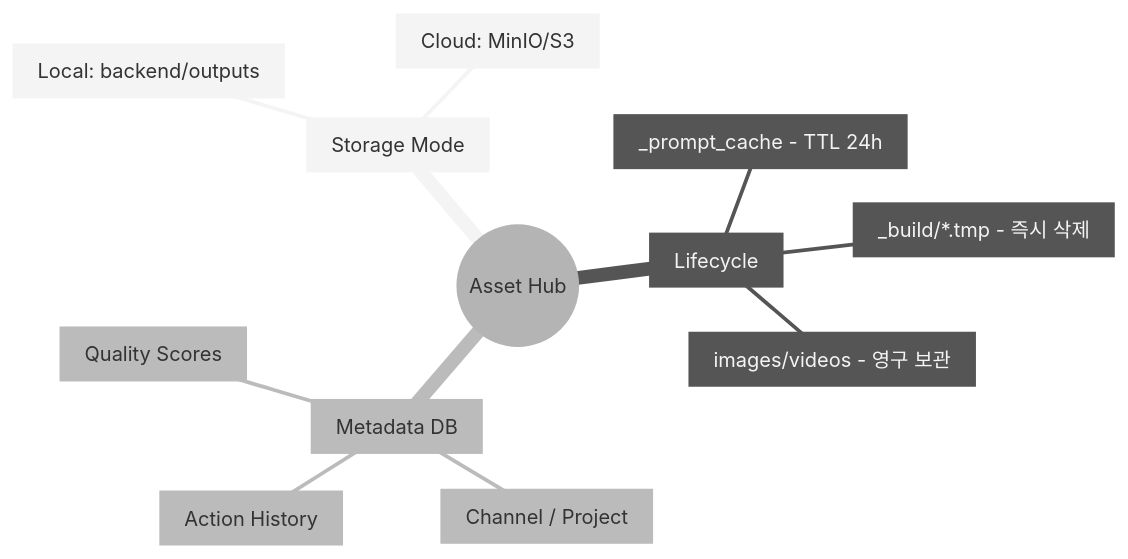
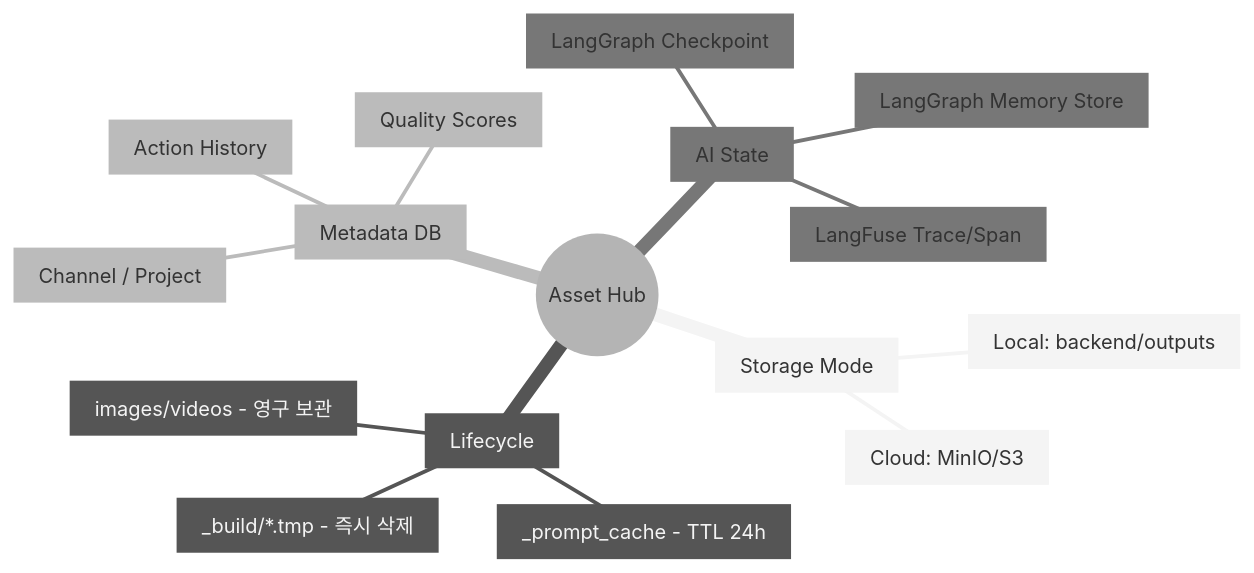
Before and after one commit to tomo-playground/sdd-orchestrator: the second of 2 diagrams in docs/01_product/PRD.md, drawn with Mermaid (neutral theme). The commit also changed other lines of this file and 8 other files, not shown here.

First line of the commit message:
docs: ROADMAP Studio UX 반영 + PRD/AGENTIC_PIPELINE 문서 정리

````diff
--- a/docs/01_product/PRD.md
+++ b/docs/01_product/PRD.md
@@ -44,15 +52,19 @@
 ```mermaid
 mindmap
     root((Asset Hub))
         Storage[Storage Mode]
             Local[Local: backend/outputs]
             S3[Cloud: MinIO/S3]
         Lifecycle[Lifecycle]
             Temporary[_build/*.tmp - 즉시 삭제]
             Cache[_prompt_cache - TTL 24h]
             Persistent[images/videos - 영구 보관]
         Metadata[Metadata DB]
             Project[Channel / Project]
             Activity[Action History]
             Evaluation[Quality Scores]
+        AI_State[AI State]
+            Checkpoint[LangGraph Checkpoint]
+            Memory[LangGraph Memory Store]
+            Trace[LangFuse Trace/Span]
 ```
````
